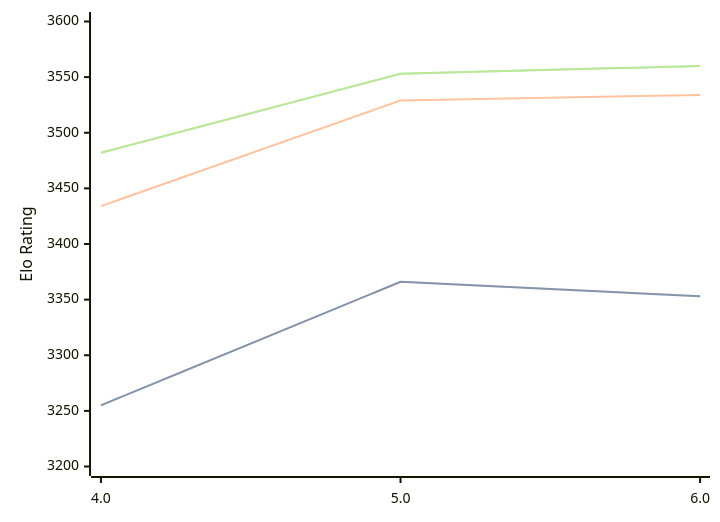
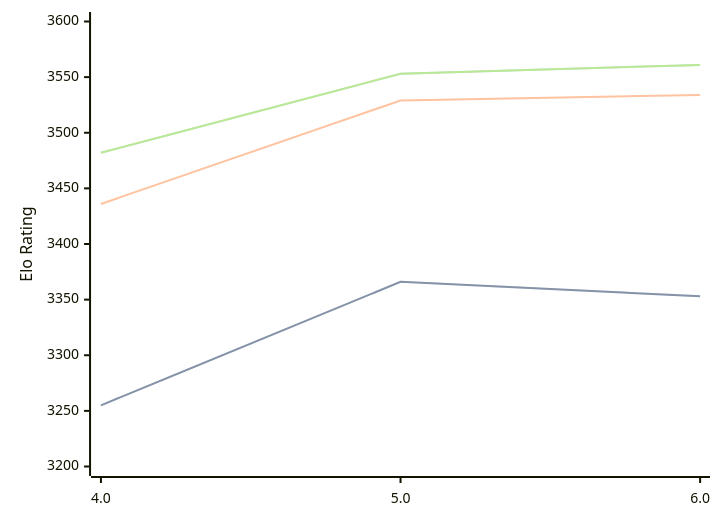
The diagram in engines/Tarnished.md (computer-chess-index/cci), drawn with Mermaid before and after one commit. The commit also changed other lines of this file, not shown here.

Commit message:
Update CCI Ratings (ELO VLTC) - 2026-09-02

````diff
--- a/engines/Tarnished.md
+++ b/engines/Tarnished.md
@@ -33,11 +33,11 @@
 ```mermaid
 %%{init: {"theme":"base","themeVariables":{"seriesColors:['#a3a3a3','#222221','#faa371']}}}%%
 xychart-beta
   x-axis ["4.0", "5.0", "6.0"]
   y-axis "Elo Rating" 3200 --> 3600
   line "" [3255, 3366, 3353]
   line "STC (8.0+0.08s)" [3255, 3366, 3353]
-  line "LTC (60.0+0.60s)" [3434, 3529, 3534]
-  line "" [3482, 3553, 3560]
-  line "VLTC (2m24s+1.12s)" [3482, 3553, 3560]
+  line "LTC (60.0+0.60s)" [3436, 3529, 3534]
+  line "" [3482, 3553, 3561]
+  line "VLTC (2m24s+1.12s)" [3482, 3553, 3561]
 ```
````
